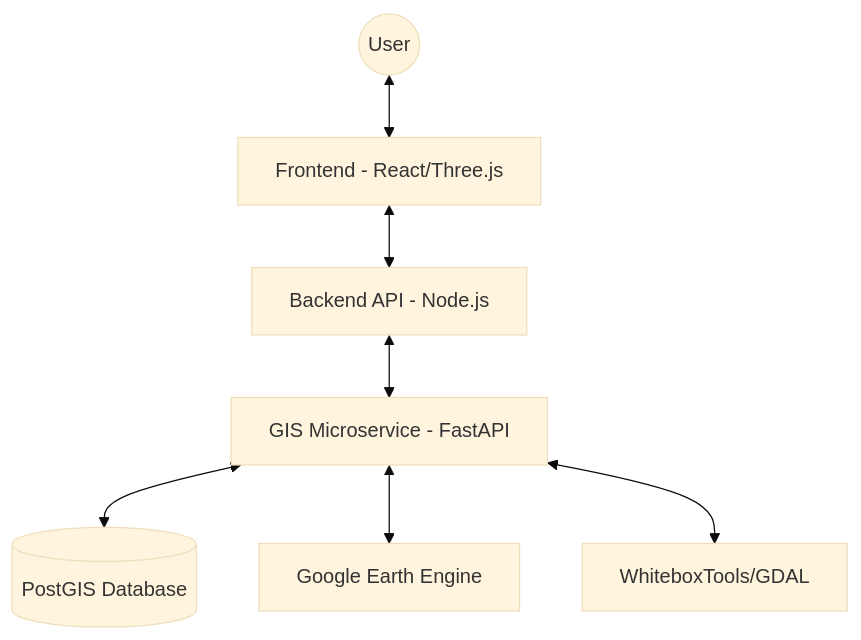
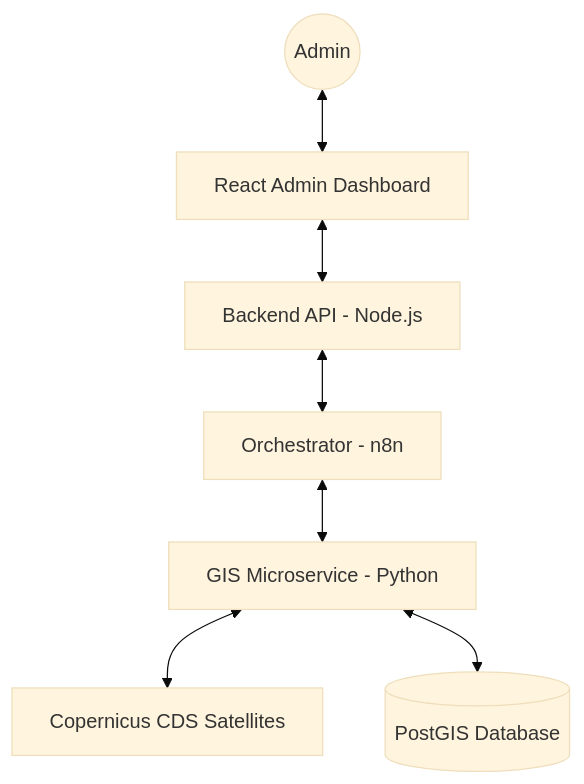
One commit to Smeet09/Risk-Prediction-Engine changed the diagram in README.md. Above: the diagram before and after it, drawn with Mermaid (base theme). The commit also changed other lines of this file and 20 other files, not shown here.

````diff
--- a/README.md
+++ b/README.md
@@ -19,9 +30,9 @@
 ```mermaid
 graph TD
-    User((User)) <--> Frontend[Frontend - React/Three.js]
-    Frontend <--> Backend[Backend API - Node.js]
-    Backend <--> GIS[GIS Microservice - FastAPI]
+    User((Admin)) <--> Dashboard[React Admin Dashboard]
+    Dashboard <--> Backend[Backend API - Node.js]
+    Backend <--> N8N[Orchestrator - n8n]
+    N8N <--> GIS[GIS Microservice - Python]
+    GIS <--> Satellite[Copernicus CDS Satellites]
     GIS <--> DB[(PostGIS Database)]
-    GIS <--> GEE[Google Earth Engine]
-    GIS <--> WBT[WhiteboxTools/GDAL]
 ```
````
